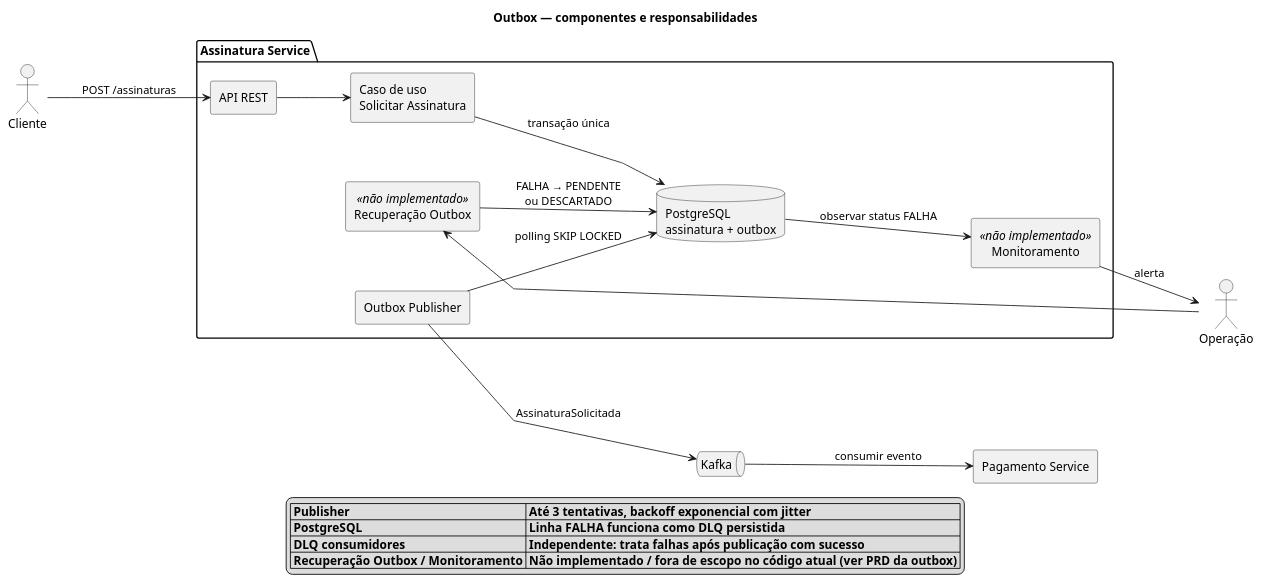
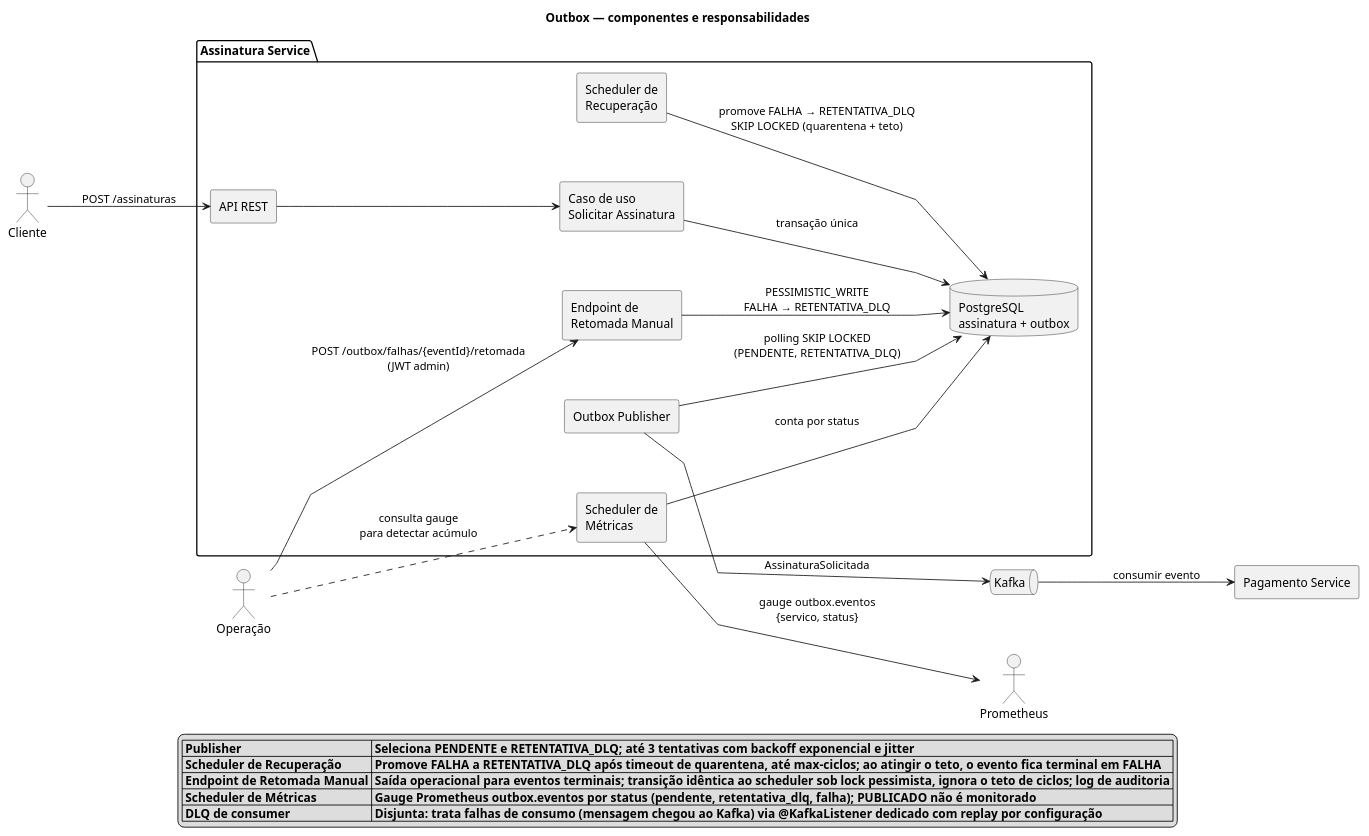
One commit to fabriciosouza21/assinatura changed the diagram in docs/adesao/outbox-diagrama-componentes.puml. Above: the diagram before and after it, drawn with PlantUML. The commit also changed 27 other files, not shown here.

Commit message:
docs: adiciona diagramas, prd e collection bruno da entrega consolidada

```diff
--- a/docs/adesao/outbox-diagrama-componentes.puml
+++ b/docs/adesao/outbox-diagrama-componentes.puml
@@ -1,45 +1,50 @@
 @startuml
 title Outbox — componentes e responsabilidades
 
 left to right direction
 skinparam componentStyle rectangle
 skinparam linetype polyline
 skinparam nodesep 70
 skinparam ranksep 80
 
 actor Cliente
 actor Operação
 
 package "Assinatura Service" {
   [API REST] as API
   [Caso de uso\nSolicitar Assinatura] as USECASE
   [Outbox Publisher] as PUBLISHER
-  [Recuperação Outbox] as RECOVERY <<não implementado>>
-  [Monitoramento] as MONITOR <<não implementado>>
+  [Scheduler de\nRecuperação] as RECOVERY
+  [Scheduler de\nMétricas] as METRICAS
+  [Endpoint de\nRetomada Manual] as ENDPOINT
   database "PostgreSQL\nassinatura + outbox" as DB
 }
 
 queue "Kafka" as KAFKA
 component "Pagamento Service" as PAYMENT
 
 Cliente --> API : POST /assinaturas
 API --> USECASE
 USECASE --> DB : transação única
 
-PUBLISHER --> DB : polling SKIP LOCKED
+PUBLISHER --> DB : polling SKIP LOCKED\n(PENDENTE, RETENTATIVA_DLQ)
 PUBLISHER --> KAFKA : AssinaturaSolicitada
 KAFKA --> PAYMENT : consumir evento
 
-DB --> MONITOR : observar status FALHA
-MONITOR --> Operação : alerta
-Operação --> RECOVERY
-RECOVERY --> DB : FALHA → PENDENTE\nou DESCARTADO
+RECOVERY --> DB : promove FALHA → RETENTATIVA_DLQ\nSKIP LOCKED (quarentena + teto)
+METRICAS --> DB : conta por status
+METRICAS --> Prometheus : gauge outbox.eventos\n{servico, status}
+
+Operação --> ENDPOINT : POST /outbox/falhas/{eventId}/retomada\n(JWT admin)
+ENDPOINT --> DB : PESSIMISTIC_WRITE\nFALHA → RETENTATIVA_DLQ
+Operação ..> METRICAS : consulta gauge\npara detectar acúmulo
 
 legend bottom
-  |= Publisher |= Até 3 tentativas, backoff exponencial com jitter |
-  |= PostgreSQL |= Linha FALHA funciona como DLQ persistida |
-  |= DLQ consumidores |= Independente: trata falhas após publicação com sucesso |
-  |= Recuperação Outbox / Monitoramento |= Não implementado / fora de escopo no código atual (ver PRD da outbox) |
+  |= Publisher |= Seleciona PENDENTE e RETENTATIVA_DLQ; até 3 tentativas com backoff exponencial e jitter |
+  |= Scheduler de Recuperação |= Promove FALHA a RETENTATIVA_DLQ após timeout de quarentena, até max-ciclos; ao atingir o teto, o evento fica terminal em FALHA |
+  |= Endpoint de Retomada Manual |= Saída operacional para eventos terminais; transição idêntica ao scheduler sob lock pessimista, ignora o teto de ciclos; log de auditoria |
+  |= Scheduler de Métricas |= Gauge Prometheus outbox.eventos por status (pendente, retentativa_dlq, falha); PUBLICADO não é monitorado |
+  |= DLQ de consumer |= Disjunta: trata falhas de consumo (mensagem chegou ao Kafka) via @KafkaListener dedicado com replay por configuração |
 endlegend
 
 @enduml
```
